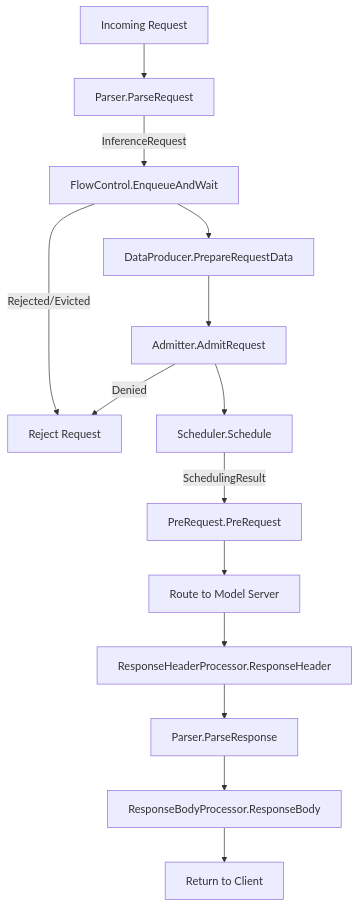
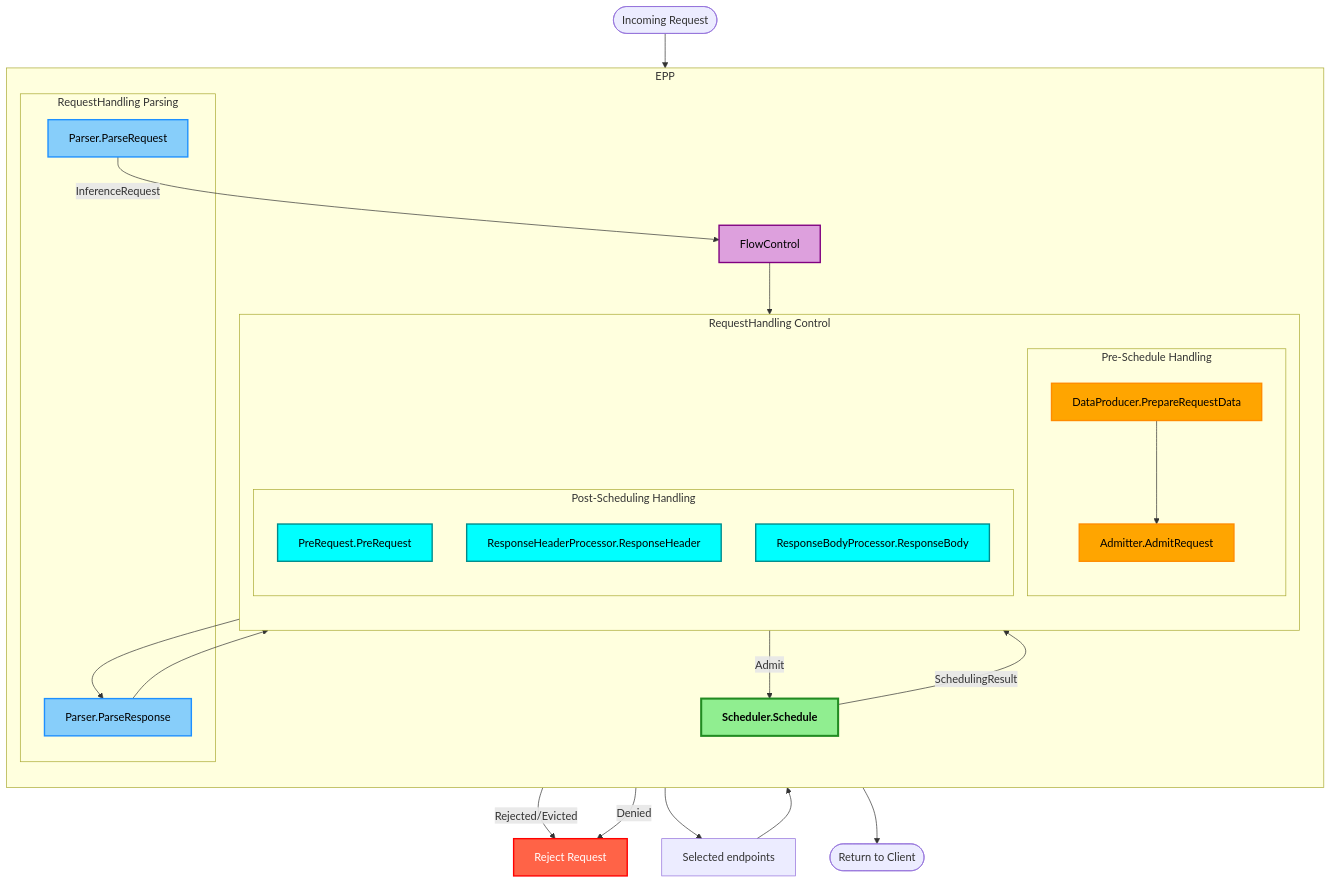
The diagram in docs/wip-docs-new/architecture/core/epp/request-handling.md (zetxqx/llm-d), drawn with Mermaid before and after one commit. The commit also changed other lines of this file, not shown here.

Commit message:
update graph and structure

````diff
--- a/docs/wip-docs-new/architecture/core/epp/request-handling.md
+++ b/docs/wip-docs-new/architecture/core/epp/request-handling.md
@@ -9,16 +12,68 @@
 ```mermaid
 flowchart TD
-    Req[Incoming Request] --> Parse[Parser.ParseRequest]
-    Parse -->|InferenceRequest| FC[FlowControl.EnqueueAndWait]
-    FC --> Prep[DataProducer.PrepareRequestData]
-    FC -->|Rejected/Evicted| Reject[Reject Request]
-    Prep --> Admit[Admitter.AdmitRequest]
-    Admit --> S[Scheduler.Schedule]
-    Admit -->|Denied| Reject
-    S -->|SchedulingResult| PreReq[PreRequest.PreRequest]
-    PreReq --> Route[Route to Model Server]
-    Route --> RespHead[ResponseHeaderProcessor.ResponseHeader]
-    RespHead --> ParseResp[Parser.ParseResponse]
-    ParseResp --> RespBody[ResponseBodyProcessor.ResponseBody]
-    RespBody --> Client[Return to Client]
+    %% Custom Style Definitions
+    classDef parsing fill:lightskyblue,stroke:dodgerblue,stroke-width:2px,color:black
+    classDef flowcontrol fill:plum,stroke:purple,stroke-width:2px,color:black
+    classDef statemgmt fill:orange,stroke:darkorange,stroke-width:2px,color:black
+    classDef postsched fill:cyan,stroke:darkcyan,stroke-width:2px,color:black
+    classDef rejection fill:tomato,stroke:red,stroke-width:2px,color:white
+    classDef scheduler fill:lightgreen,stroke:forestgreen,stroke-width:3px,color:black,font-weight:bold
+
+    %% Entry/Exit Points
+    Req([Incoming Request])
+    Client([Return to Client])
+    Reject[Reject Request]:::rejection
+
+    subgraph SystemPipeline ["EPP"]
+        direction TB
+
+        %% 1. Request/Response Parsing
+        subgraph SubParsing ["RequestHandling Parsing"]
+            Parse[Parser.ParseRequest]:::parsing
+            ParseResp[Parser.ParseResponse]:::parsing
+        end
+
+        %% 2. Flow Control
+        FC[FlowControl]:::flowcontrol
+
+        %% 3. Request Handling
+        subgraph SubHandling ["RequestHandling Control"]
+            direction TB
+            subgraph SubPre ["Pre-Schedule Handling"]
+                Prep[DataProducer.PrepareRequestData]:::statemgmt
+                Admit[Admitter.AdmitRequest]:::statemgmt
+            end
+
+            subgraph SubPostSched ["Post-Scheduling Handling"]
+                PreReq[PreRequest.PreRequest]:::postsched
+                RespHead[ResponseHeaderProcessor.ResponseHeader]:::postsched
+                RespBody[ResponseBodyProcessor.ResponseBody]:::postsched
+            end
+        end
+
+        %% 4. Scheduler
+        Sched[Scheduler.Schedule]:::scheduler    
+    end
+    Forward[Selected endpoints]
+
+    %% Connections
+    Req --> Parse
+    Parse -->|"InferenceRequest"| FC
+    
+    %% Rejection Paths
+    FC --> Prep
+    FC -->|"Rejected/Evicted"| Reject
+    
+    Prep --> Admit
+    Admit -->|"Admit"| Sched
+    Admit -->|"Denied"| Reject
+    
+    %% Success Paths
+    Sched -->|"SchedulingResult"| PreReq
+    
+    PreReq --> Forward
+    Forward --> RespHead
+    RespHead --> ParseResp
+    ParseResp --> RespBody
+    RespBody --> Client
 ```
````
